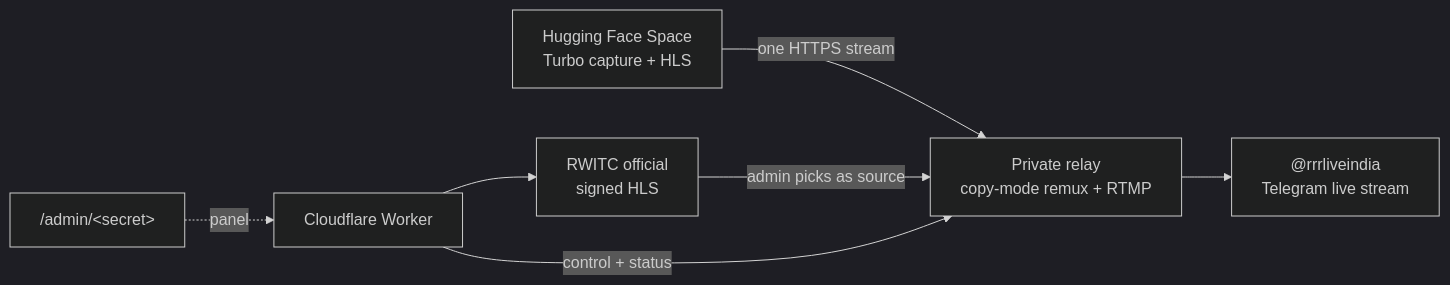
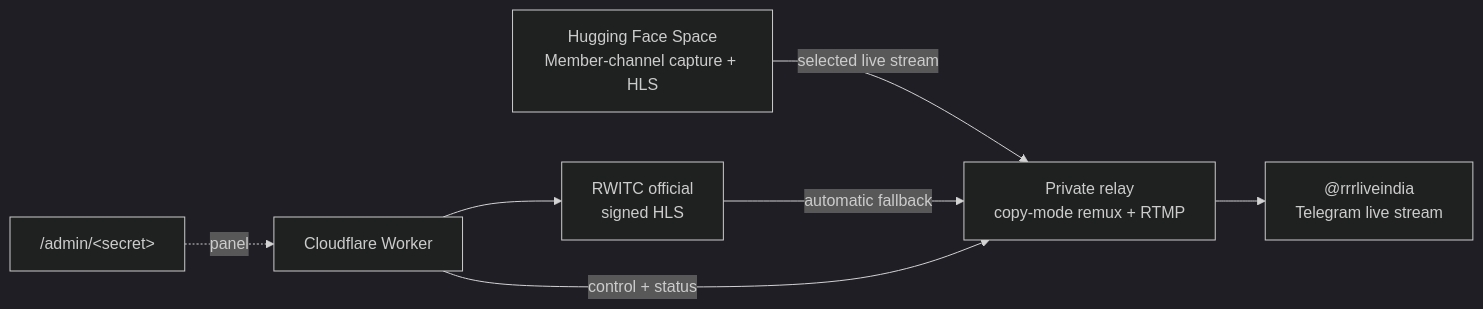
The diagram in TELEGRAM_SETUP.md (NerdBaba/telestreamer), drawn with Mermaid (dark theme) before and after one commit. The commit also changed other lines of this file and 3 other files, not shown here.

````diff
--- a/TELEGRAM_SETUP.md
+++ b/TELEGRAM_SETUP.md
@@ -20,9 +20,9 @@
 ```mermaid
 flowchart LR
-  HF["Hugging Face Space<br/>Turbo capture + HLS"] -->|"one HTTPS stream"| RL["Private relay<br/>copy-mode remux + RTMP"]
-  RW["RWITC official<br/>signed HLS"] -->|"admin picks as source"| RL
+  HF["Hugging Face Space<br/>Member-channel capture + HLS"] -->|"selected live stream"| RL["Private relay<br/>copy-mode remux + RTMP"]
+  RW["RWITC official<br/>signed HLS"] -->|"automatic fallback"| RL
   RL --> TG["@rrrliveindia<br/>Telegram live stream"]
   WK["Cloudflare Worker"] -->|"control + status"| RL
   WK --> RW
   ADM["/admin/&lt;secret&gt;"] -.->|"panel"| WK
 ```
````
